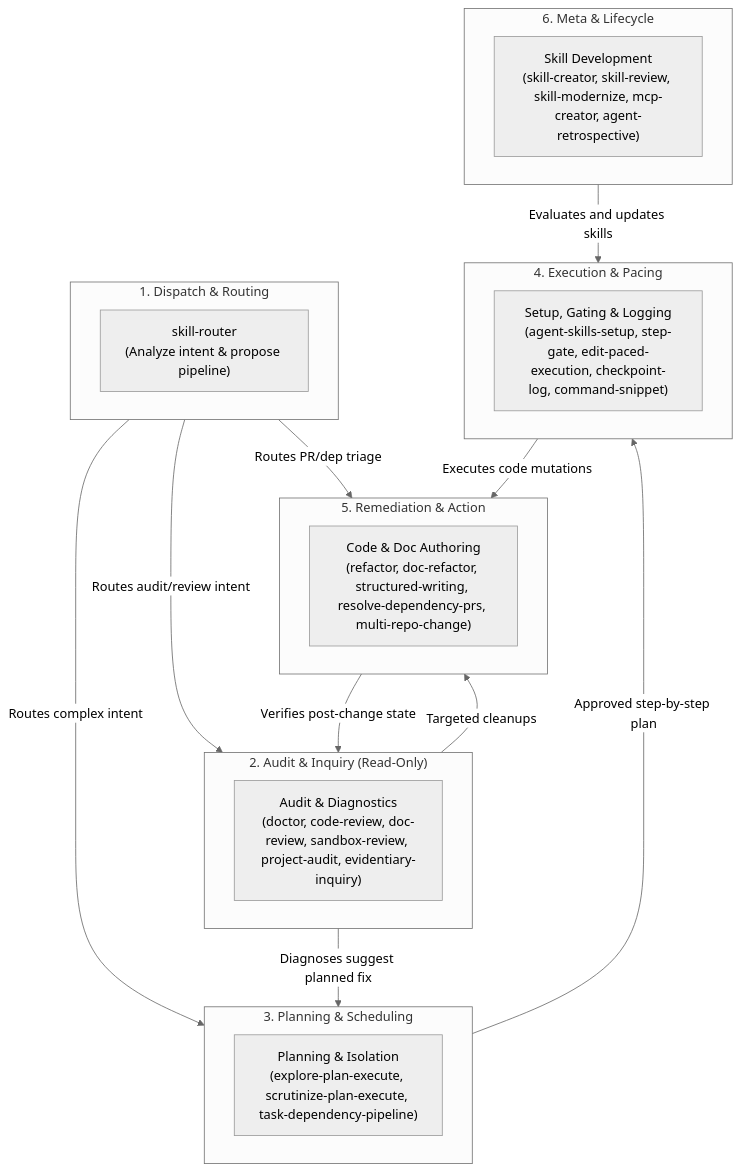
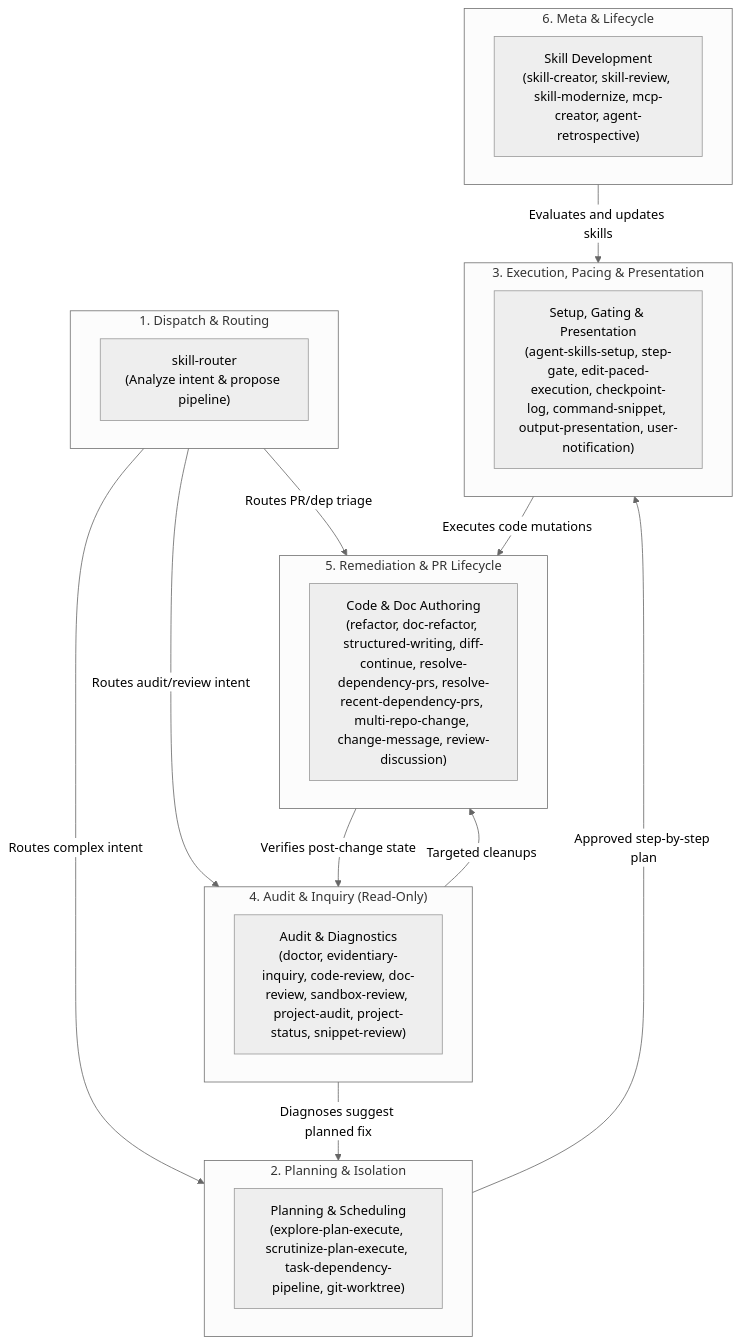
The first of 5 diagrams in docs/skill-interoperability.md (berquerant/agent-skills), drawn with Mermaid (neutral theme) before and after one commit. The commit also changed other lines of this file and 69 other files, not shown here.

First line of the commit message:
fix: align skills, docs, and MCP server safeguards with comprehensive audit (#34)

````diff
--- a/docs/skill-interoperability.md
+++ b/docs/skill-interoperability.md
@@ -13,37 +13,37 @@
 ```mermaid
 flowchart TD
     subgraph Dispatch ["1. Dispatch & Routing"]
         SR["skill-router<br/>(Analyze intent & propose pipeline)"]
     end
 
-    subgraph Audit ["2. Audit & Inquiry (Read-Only)"]
-        AUD["Audit & Diagnostics<br/>(doctor, code-review, doc-review, sandbox-review, project-audit, evidentiary-inquiry)"]
+    subgraph Planning ["2. Planning & Isolation"]
+        PLAN["Planning & Scheduling<br/>(explore-plan-execute, scrutinize-plan-execute, task-dependency-pipeline, git-worktree)"]
     end
 
-    subgraph Planning ["3. Planning & Scheduling"]
-        PLAN["Planning & Isolation<br/>(explore-plan-execute, scrutinize-plan-execute, task-dependency-pipeline)"]
+    subgraph Execution ["3. Execution, Pacing & Presentation"]
+        EXEC["Setup, Gating & Presentation<br/>(agent-skills-setup, step-gate, edit-paced-execution, checkpoint-log, command-snippet, output-presentation, user-notification)"]
     end
 
-    subgraph Execution ["4. Execution & Pacing"]
-        EXEC["Setup, Gating & Logging<br/>(agent-skills-setup, step-gate, edit-paced-execution, checkpoint-log, command-snippet)"]
+    subgraph Audit ["4. Audit & Inquiry (Read-Only)"]
+        AUD["Audit & Diagnostics<br/>(doctor, evidentiary-inquiry, code-review, doc-review, sandbox-review, project-audit, project-status, snippet-review)"]
     end
 
-    subgraph Remediation ["5. Remediation & Action"]
-        REM["Code & Doc Authoring<br/>(refactor, doc-refactor, structured-writing, resolve-dependency-prs, multi-repo-change)"]
+    subgraph Remediation ["5. Remediation & PR Lifecycle"]
+        REM["Code & Doc Authoring<br/>(refactor, doc-refactor, structured-writing, diff-continue, resolve-dependency-prs, resolve-recent-dependency-prs, multi-repo-change, change-message, review-discussion)"]
     end
 
     subgraph Meta ["6. Meta & Lifecycle"]
         META["Skill Development<br/>(skill-creator, skill-review, skill-modernize, mcp-creator, agent-retrospective)"]
     end
 
     %% High-level hand-offs
     Dispatch -->|"Routes complex intent"| Planning
     Dispatch -->|"Routes audit/review intent"| Audit
     Dispatch -->|"Routes PR/dep triage"| Remediation
     Audit -->|"Diagnoses suggest planned fix"| Planning
     Audit -->|"Targeted cleanups"| Remediation
     Planning -->|"Approved step-by-step plan"| Execution
     Execution -->|"Executes code mutations"| Remediation
     Remediation -->|"Verifies post-change state"| Audit
     Meta -->|"Evaluates and updates skills"| Execution
 ```
````
